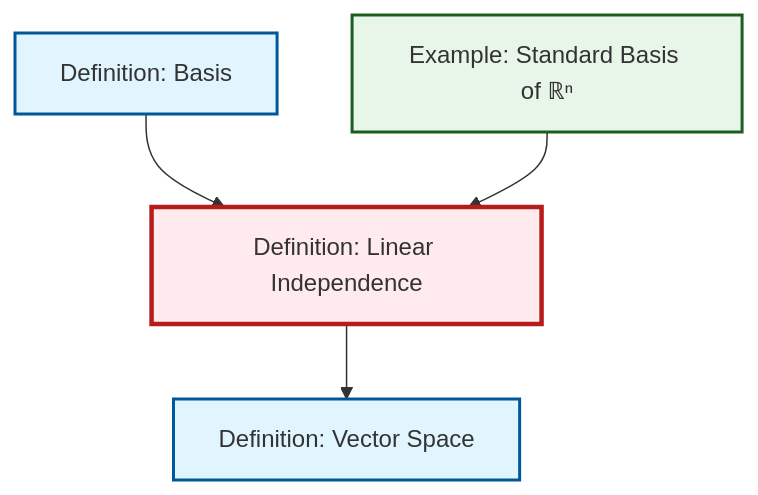
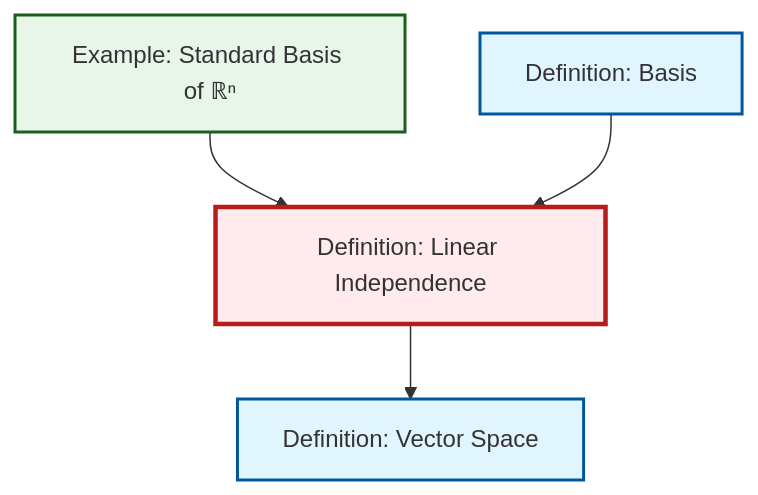
Before and after one commit to RK0429/ModernMath: the diagram in content/en/algebra/def-linear-independence.qmd, drawn with Mermaid. The commit also changed 511 other files, not shown here.

````diff
--- a/content/en/algebra/def-linear-independence.qmd
+++ b/content/en/algebra/def-linear-independence.qmd
@@ -45,21 +45,17 @@
 ```{mermaid}
 %%| fig-cap: "Local dependency graph"
 graph TD
     classDef definition fill:#e1f5fe,stroke:#01579b,stroke-width:2px
     classDef theorem fill:#f3e5f5,stroke:#4a148c,stroke-width:2px
     classDef axiom fill:#fff3e0,stroke:#e65100,stroke-width:2px
     classDef example fill:#e8f5e9,stroke:#1b5e20,stroke-width:2px
     classDef current fill:#ffebee,stroke:#b71c1c,stroke-width:3px
+    def-basis["Definition: Basis"]:::definition
     def-linear-independence["Definition: Linear Independence"]:::definition
+    def-vector-space["Definition: Vector Space"]:::definition
     ex-standard-basis-rn["Example: Standard Basis of ℝⁿ"]:::example
-    def-vector-space["Definition: Vector Space"]:::definition
-    def-basis["Definition: Basis"]:::definition
+    ex-standard-basis-rn --> def-linear-independence
+    def-basis --> def-linear-independence
     def-linear-independence --> def-vector-space
-    def-basis --> def-linear-independence
-    ex-standard-basis-rn --> def-linear-independence
     class def-linear-independence current
-
-    click ex-standard-basis-rn "ex-standard-basis-rn.html" "Go to Standard Basis of ℝⁿ example"
-    click def-vector-space "def-vector-space.html" "Go to Vector Space definition"
-    click def-basis "def-basis.html" "Go to Basis definition"
 ```
````
